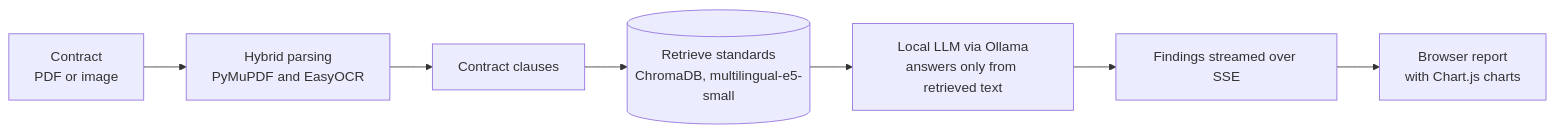
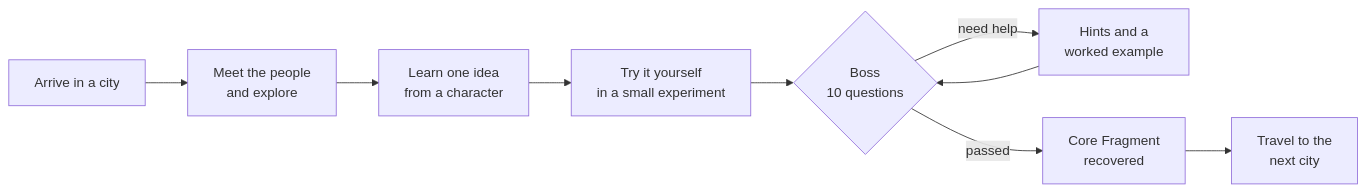
Before and after one commit to Ahmed-ssam/Machine_Legends: the diagram in README.md, drawn with Mermaid. The commit also changed other lines of this file and 4 other files, not shown here.

````diff
--- a/README.md
+++ b/README.md
@@ -27,9 +33,11 @@
 ```mermaid
 flowchart LR
-    A["Contract<br/>PDF or image"] --> B["Hybrid parsing<br/>PyMuPDF and EasyOCR"]
-    B --> C["Contract clauses"]
-    C --> D[("Retrieve standards<br/>ChromaDB, multilingual-e5-small")]
-    D --> E["Local LLM via Ollama<br/>answers only from retrieved text"]
-    E --> F["Findings streamed over SSE"]
-    F --> G["Browser report<br/>with Chart.js charts"]
+    A["Arrive in a city"] --> B["Meet the people<br/>and explore"]
+    B --> C["Learn one idea<br/>from a character"]
+    C --> D["Try it yourself<br/>in a small experiment"]
+    D --> E{"Boss<br/>10 questions"}
+    E -- "need help" --> H["Hints and a<br/>worked example"]
+    H --> E
+    E -- "passed" --> F["Core Fragment<br/>recovered"]
+    F --> G["Travel to the<br/>next city"]
 ```
````
